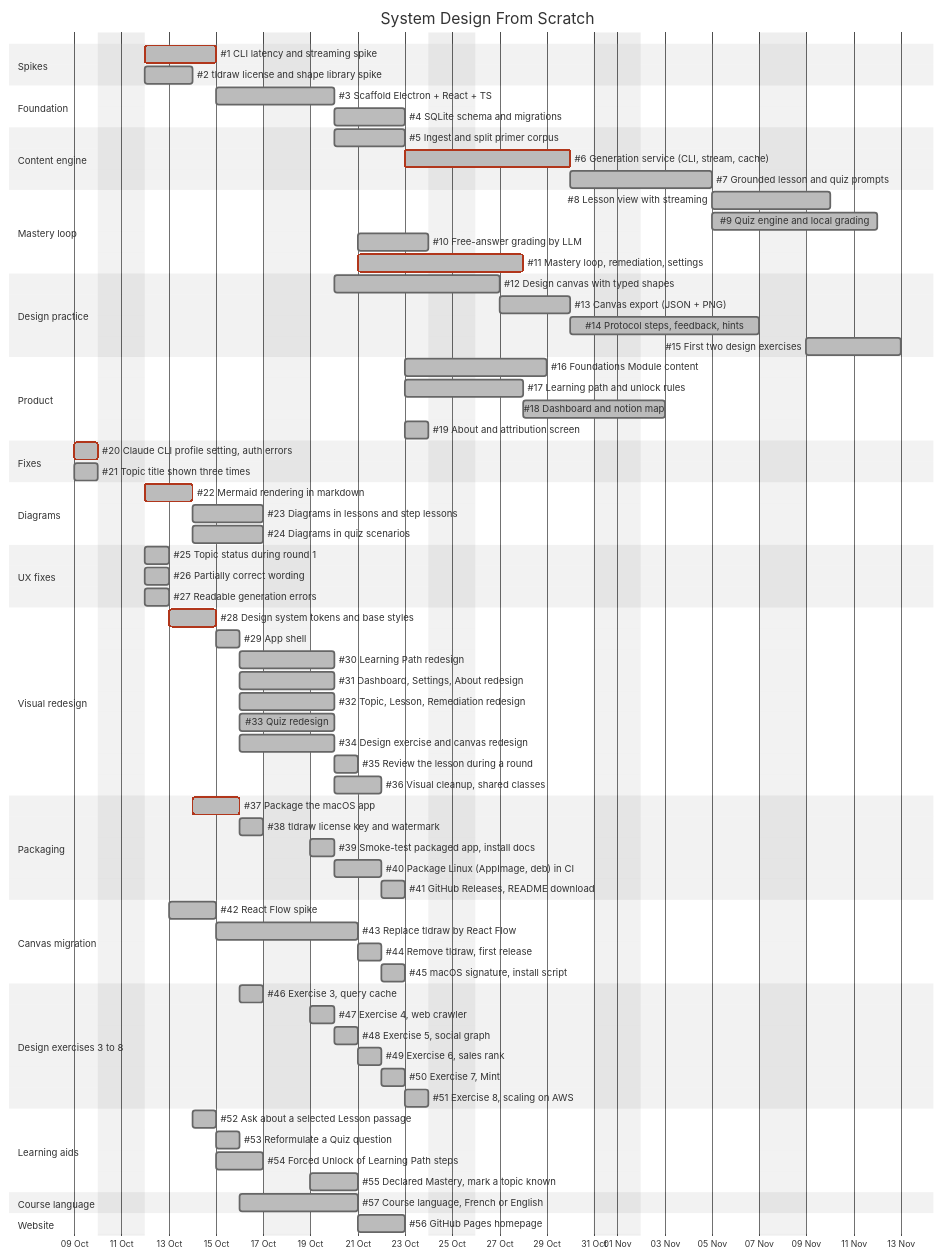
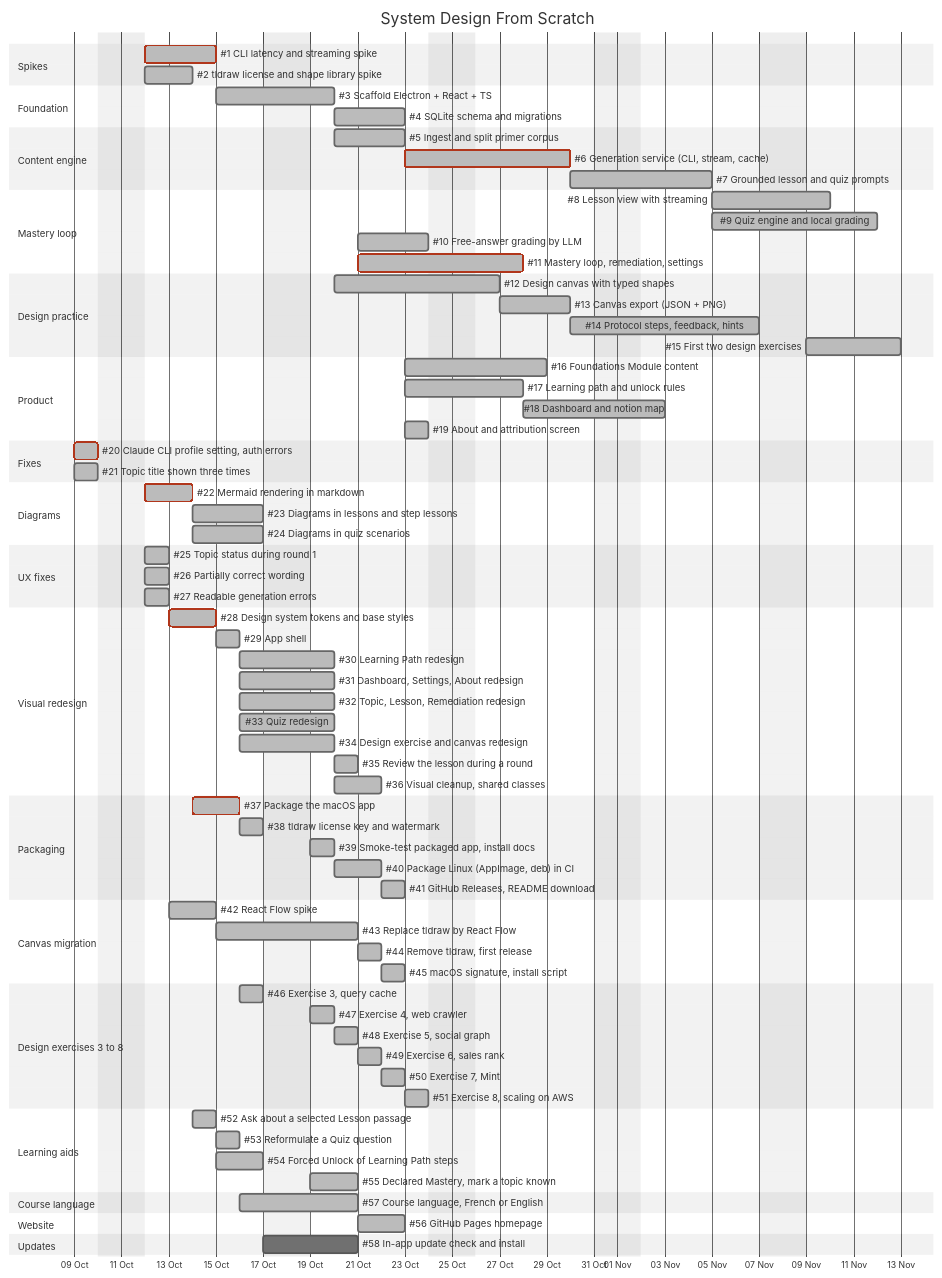
The diagram in docs/ROADMAP.md (jbclaramonte/system-design-from-scratch), drawn with Mermaid (neutral theme) before and after one commit. The commit also changed other lines of this file, not shown here.

Commit message:
docs: roadmap, #58 in-app update

````diff
--- a/docs/ROADMAP.md
+++ b/docs/ROADMAP.md
@@ -105,4 +105,7 @@
 
     section Website
     #56 GitHub Pages homepage                 :done, w1, after l1, 2d
+
+    section Updates
+    #58 In-app update check and install       :u1, 2026-10-17, 3d
 ```
````
